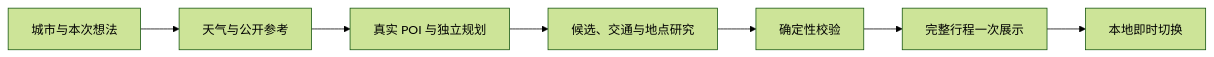
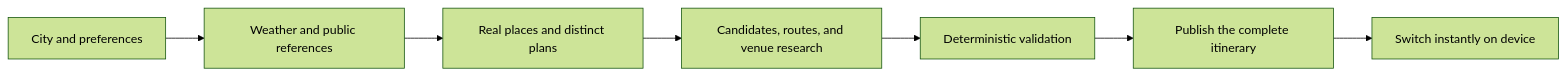
The diagram in README.md (HelloHaoWu/DreamTravel), drawn with Mermaid (forest theme) before and after one commit. The commit also changed other lines of this file and 2 other files, not shown here.

Commit message:
Add English README and cover with Chinese language switch

````diff
--- a/README.md
+++ b/README.md
@@ -98,9 +104,9 @@
 ```mermaid
 flowchart LR
-    A[城市与本次想法] --> B[天气与公开参考]
-    B --> C[真实 POI 与独立规划]
-    C --> D[候选、交通与地点研究]
-    D --> E[确定性校验]
-    E --> F[完整行程一次展示]
-    F --> G[本地即时切换]
+    A[City and preferences] --> B[Weather and public references]
+    B --> C[Real places and distinct plans]
+    C --> D[Candidates, routes, and venue research]
+    D --> E[Deterministic validation]
+    E --> F[Publish the complete itinerary]
+    F --> G[Switch instantly on device]
 ```
````
